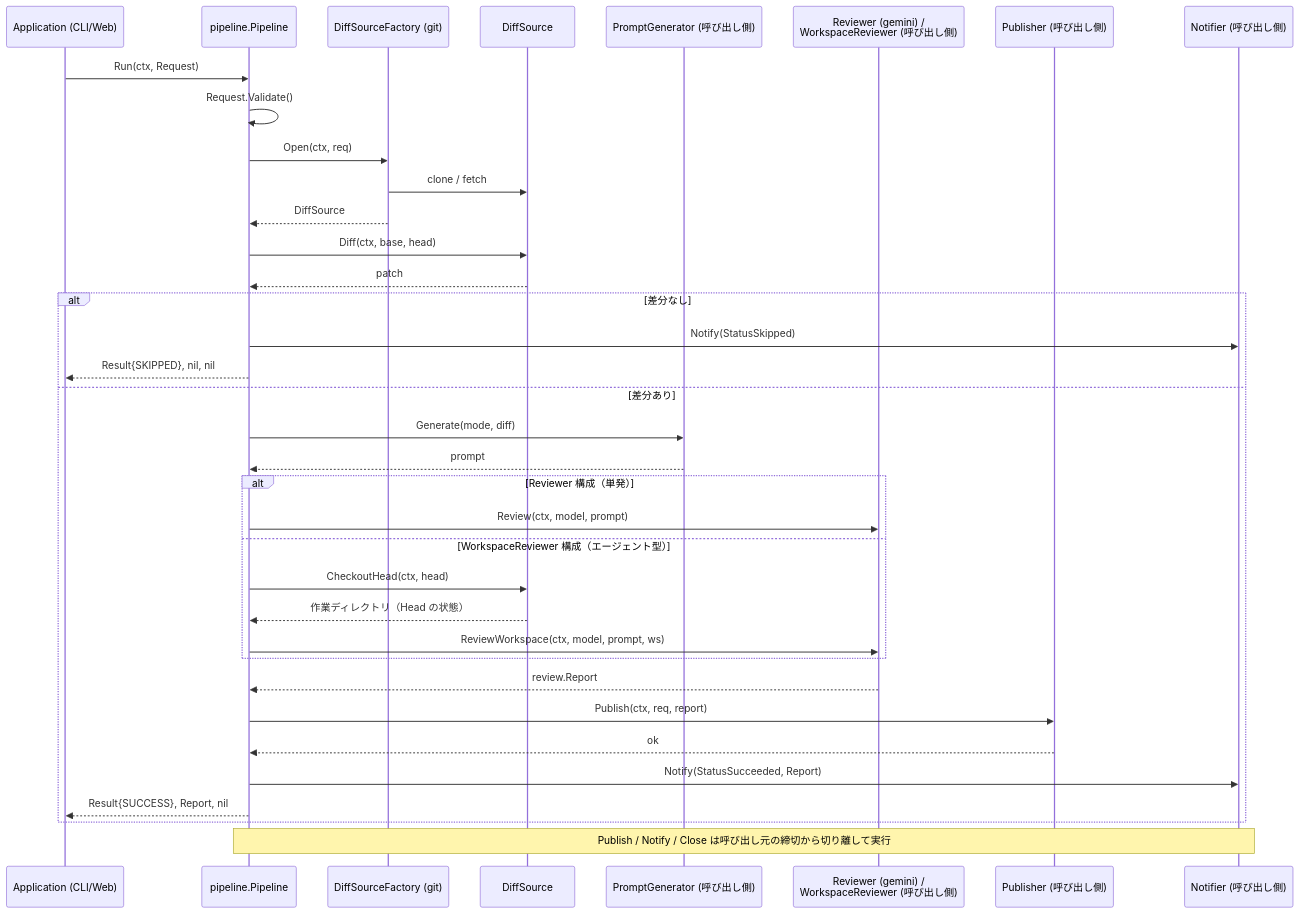
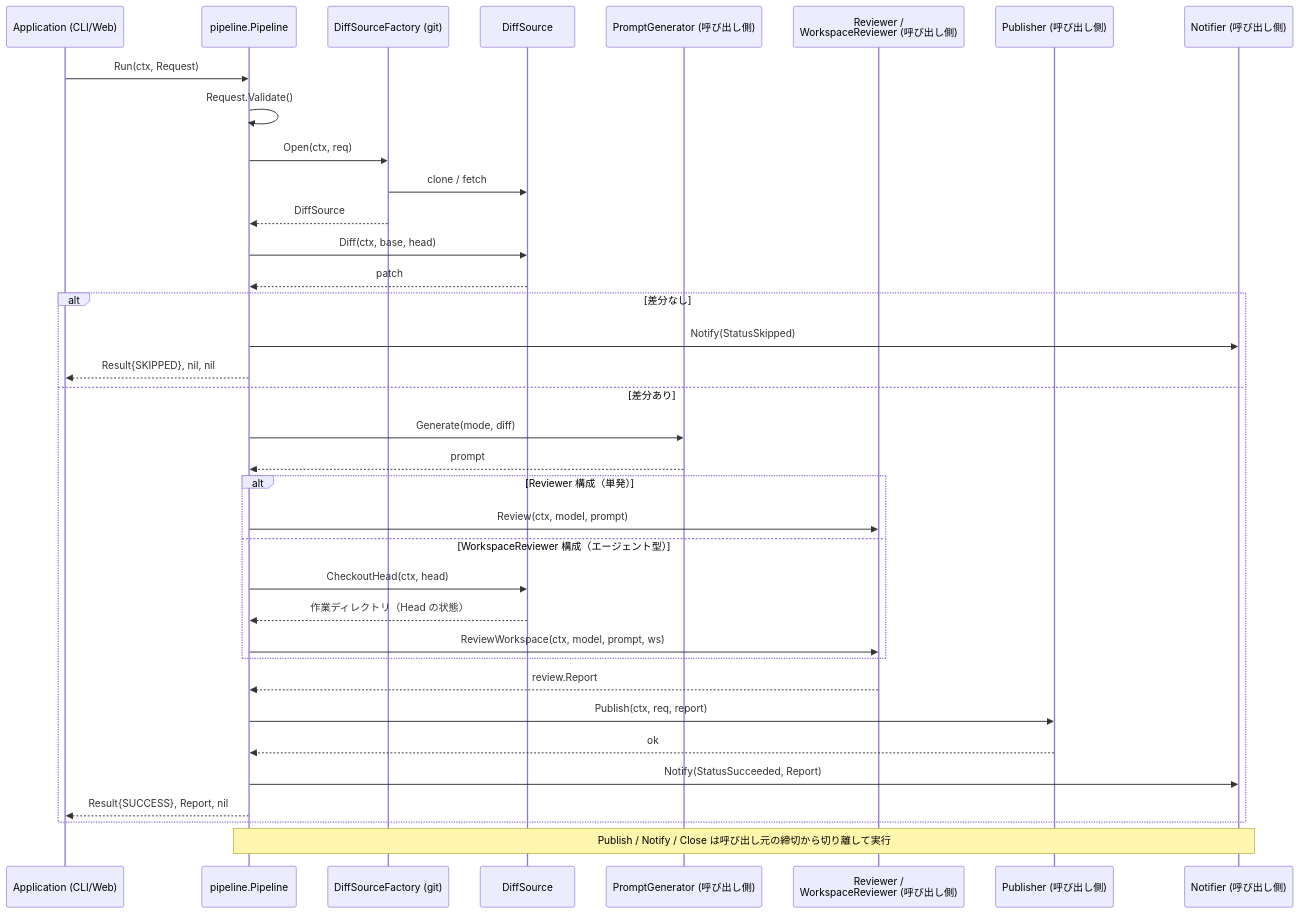
One commit to shouni/go-review-kit changed the diagram in README.md. Above: the diagram before and after it, drawn with Mermaid. The commit also changed other lines of this file and 7 other files, not shown here.

First line of the commit message:
feat!: drop the bundled gemini reviewer

````diff
--- a/README.md
+++ b/README.md
@@ -213,43 +210,43 @@
 ```mermaid
 sequenceDiagram
     participant App as Application (CLI/Web)
     participant PL as pipeline.Pipeline
     participant SF as DiffSourceFactory (git)
     participant DS as DiffSource
     participant PG as PromptGenerator (呼び出し側)
-    participant AI as Reviewer (gemini) /<br>WorkspaceReviewer (呼び出し側)
+    participant AI as Reviewer /<br>WorkspaceReviewer (呼び出し側)
     participant PB as Publisher (呼び出し側)
     participant NT as Notifier (呼び出し側)
 
     App->>PL: Run(ctx, Request)
     PL->>PL: Request.Validate()
     PL->>SF: Open(ctx, req)
     SF->>DS: clone / fetch
     SF-->>PL: DiffSource
     PL->>DS: Diff(ctx, base, head)
     DS-->>PL: patch
 
     alt 差分なし
         PL->>NT: Notify(StatusSkipped)
         PL-->>App: Result{SKIPPED}, nil, nil
     else 差分あり
         PL->>PG: Generate(mode, diff)
         PG-->>PL: prompt
 
         alt Reviewer 構成（単発）
             PL->>AI: Review(ctx, model, prompt)
         else WorkspaceReviewer 構成（エージェント型）
             PL->>DS: CheckoutHead(ctx, head)
             DS-->>PL: 作業ディレクトリ（Head の状態）
             PL->>AI: ReviewWorkspace(ctx, model, prompt, ws)
         end
         AI-->>PL: review.Report
 
         PL->>PB: Publish(ctx, req, report)
         PB-->>PL: ok
         PL->>NT: Notify(StatusSucceeded, Report)
         PL-->>App: Result{SUCCESS}, Report, nil
     end
 
     Note over PL,NT: Publish / Notify / Close は呼び出し元の締切から切り離して実行
 ```
````
